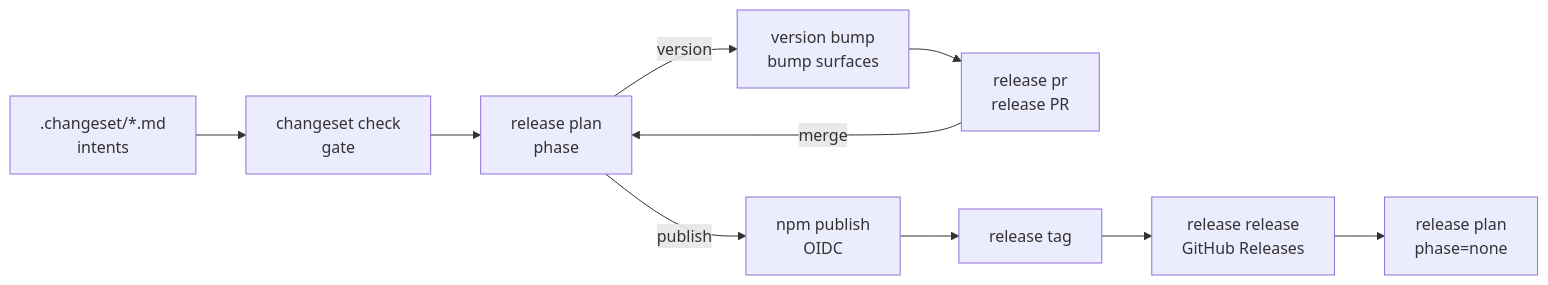
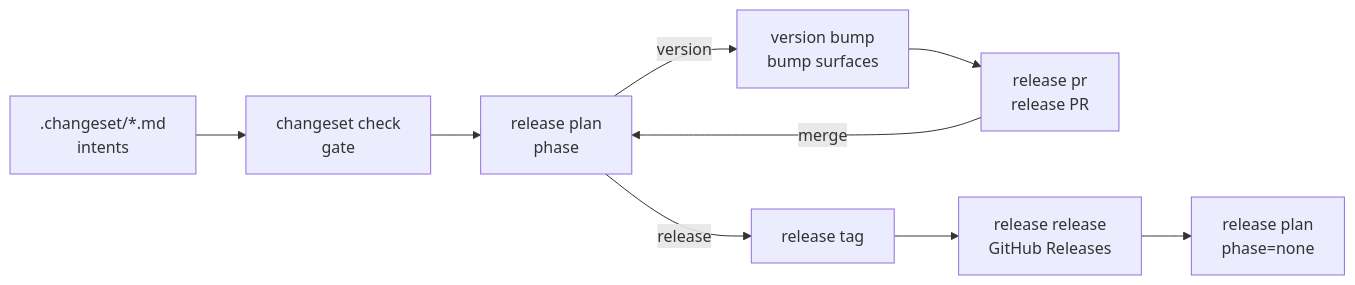
One commit to systemfsoftware/pnpm-release-management changed the diagram in README.md. Above: the diagram before and after it, drawn with Mermaid. The commit also changed other lines of this file and 96 other files, not shown here.

First line of the commit message:
refactor(release): retire npm publishing and trusted-publisher tooling

````diff
--- a/README.md
+++ b/README.md
@@ -52,12 +51,11 @@
 ```mermaid
 flowchart LR
   A[".changeset/*.md<br/>intents"] --> B["changeset check<br/>gate"]
   B --> C["release plan<br/>phase"]
   C -->|version| D["version bump<br/>bump surfaces"]
   D --> E["release pr<br/>release PR"]
   E -->|merge| C
-  C -->|publish| F["npm publish<br/>OIDC"]
-  F --> G["release tag"]
+  C -->|release| G["release tag"]
   G --> H["release release<br/>GitHub Releases"]
   H --> I["release plan<br/>phase=none"]
 ```
````
